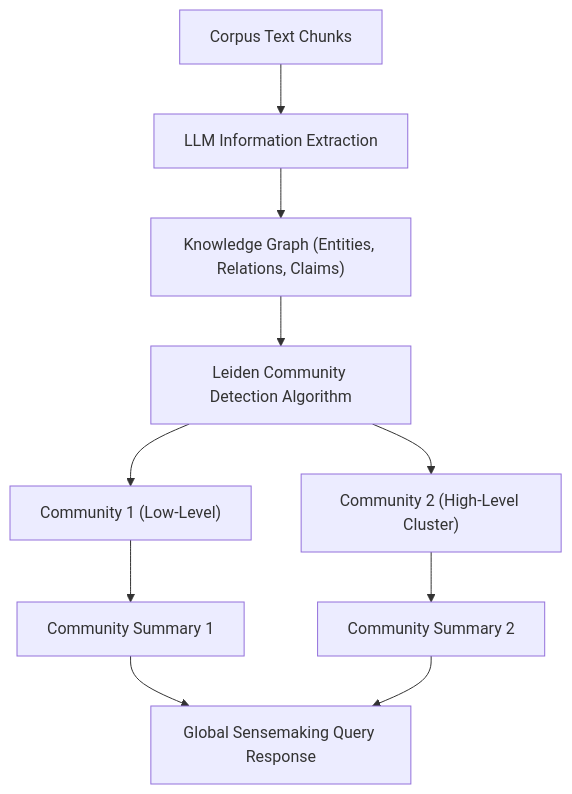
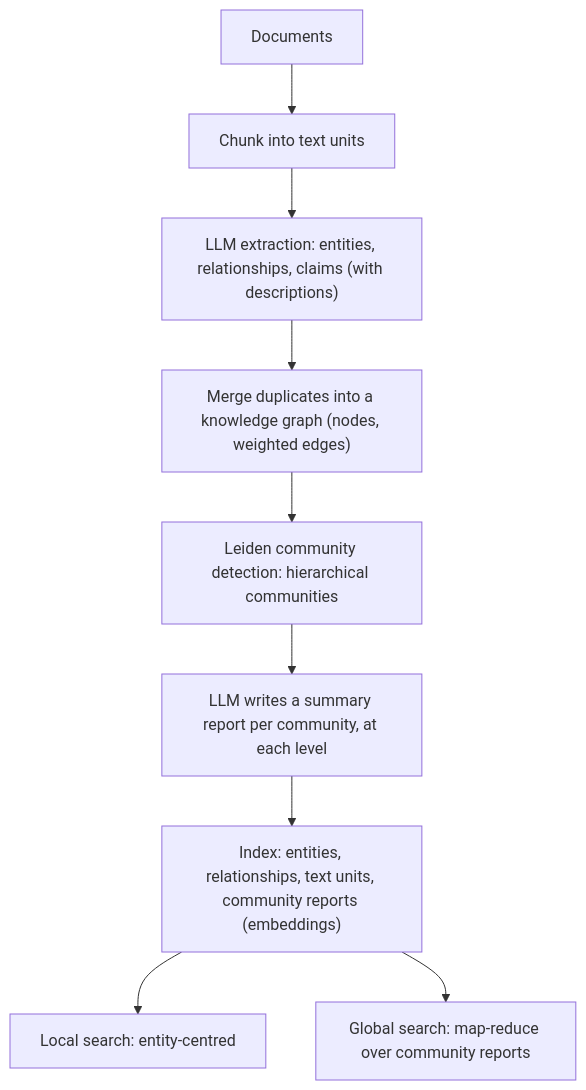
One commit to reddykarthikeya1/AI-Systems-Mastery changed the diagram in 10_Advanced_Retrieval_and_Context_Engineering/Module_07_Microsoft_GraphRAG_and_Knowledge_Graphs/01_README.md. Above: the diagram before and after it, drawn with Mermaid. The commit also changed other lines of this file and 54 other files, not shown here.

````diff
--- a/10_Advanced_Retrieval_and_Context_Engineering/Module_07_Microsoft_GraphRAG_and_Knowledge_Graphs/01_README.md
+++ b/10_Advanced_Retrieval_and_Context_Engineering/Module_07_Microsoft_GraphRAG_and_Knowledge_Graphs/01_README.md
@@ -6,12 +15,11 @@
 ```mermaid
 flowchart TD
-    Text["Corpus Text Chunks"] --> Extr["LLM Information Extraction"]
-    Extr --> KG["Knowledge Graph (Entities, Relations, Claims)"]
-    KG --> Leiden["Leiden Community Detection Algorithm"]
-    Leiden --> C1["Community 1 (Low-Level)"]
-    Leiden --> C2["Community 2 (High-Level Cluster)"]
-    C1 --> Sum1["Community Summary 1"]
-    C2 --> Sum2["Community Summary 2"]
-    Sum1 --> GlobalQA["Global Sensemaking Query Response"]
-    Sum2 --> GlobalQA
+    DOCS["Documents"] --> CH["Chunk into text units"]
+    CH --> EX["LLM extraction: entities, relationships, claims (with descriptions)"]
+    EX --> KG["Merge duplicates into a knowledge graph (nodes, weighted edges)"]
+    KG --> CD["Leiden community detection: hierarchical communities"]
+    CD --> CS["LLM writes a summary report per community, at each level"]
+    CS --> IDX["Index: entities, relationships, text units, community reports (embeddings)"]
+    IDX --> LS["Local search: entity-centred"]
+    IDX --> GS["Global search: map-reduce over community reports"]
 ```
````
